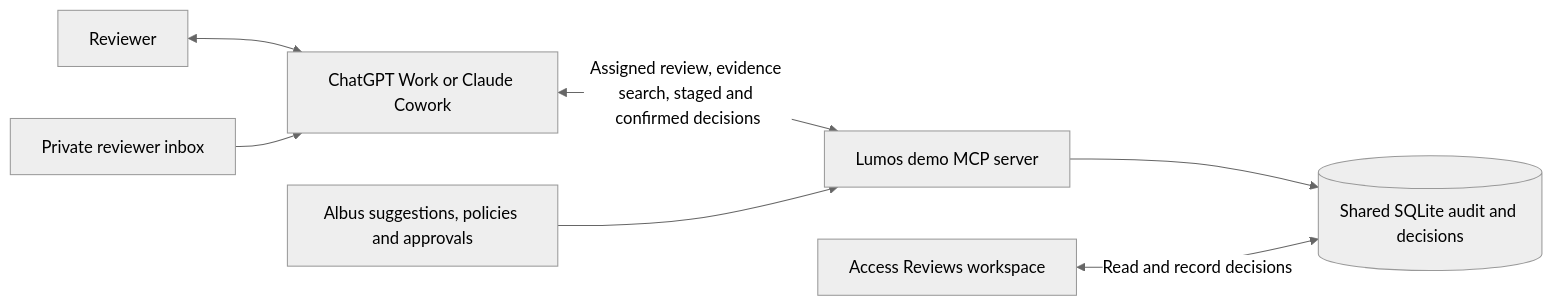
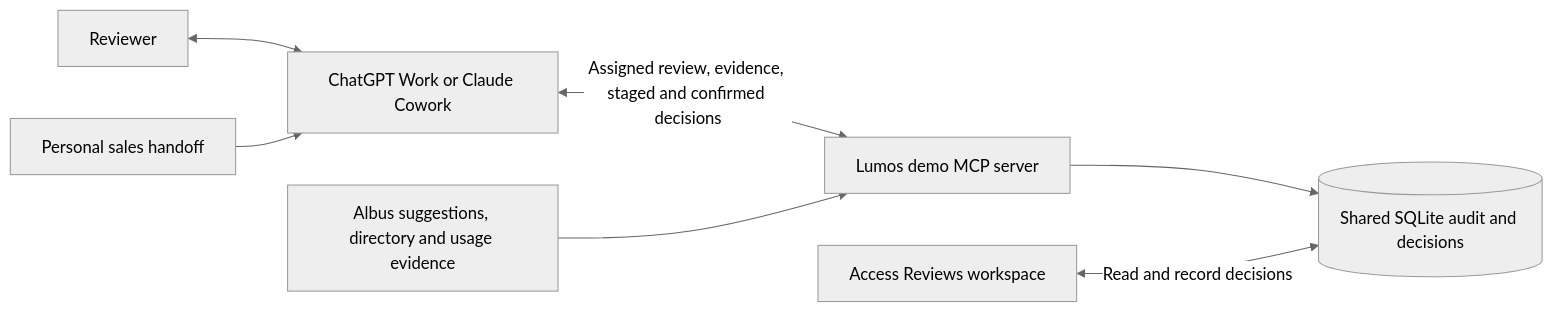
The first of 2 diagrams in docs/diagrams.md (BlakeB-PM/lumos-review-demo), drawn with Mermaid (neutral theme) before and after one commit. The commit also changed other lines of this file and 20 other files, not shown here.

Commit message:
Make the Lumos demo a self-contained access review walkthrough

```diff
--- a/docs/diagrams.md
+++ b/docs/diagrams.md
@@ -3,9 +3,9 @@
 ~~~mermaid
 flowchart LR
     H[Reviewer] <--> C[ChatGPT Work or Claude Cowork]
-    P[Private reviewer inbox] --> C
-    C <-->|Assigned review, evidence search, staged and confirmed decisions| S[Lumos demo MCP server]
-    F[Albus suggestions, policies and approvals] --> S
+    P[Personal sales handoff] --> C
+    C <-->|Assigned review, evidence, staged and confirmed decisions| S[Lumos demo MCP server]
+    F[Albus suggestions, directory and usage evidence] --> S
     S --> D[(Shared SQLite audit and decisions)]
     R[Access Reviews workspace] <-->|Read and record decisions| D
 ~~~
```
